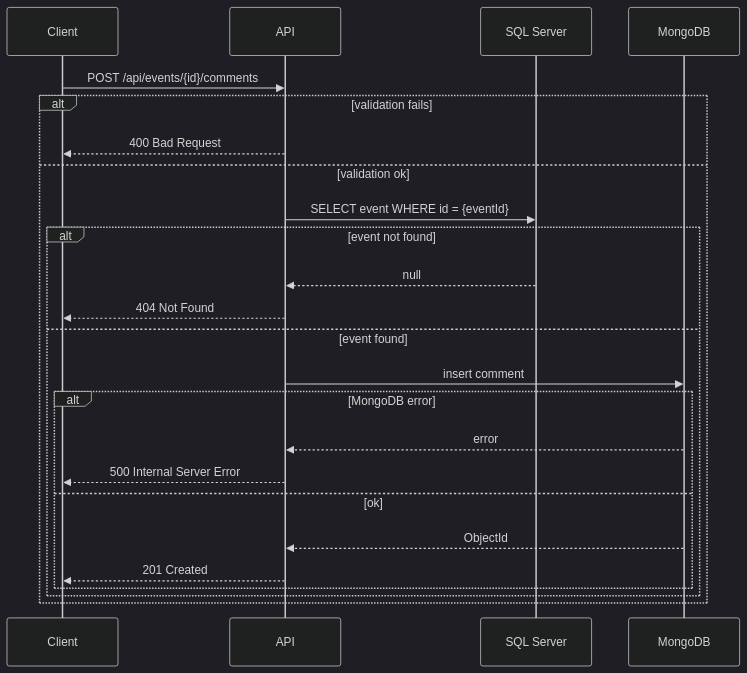
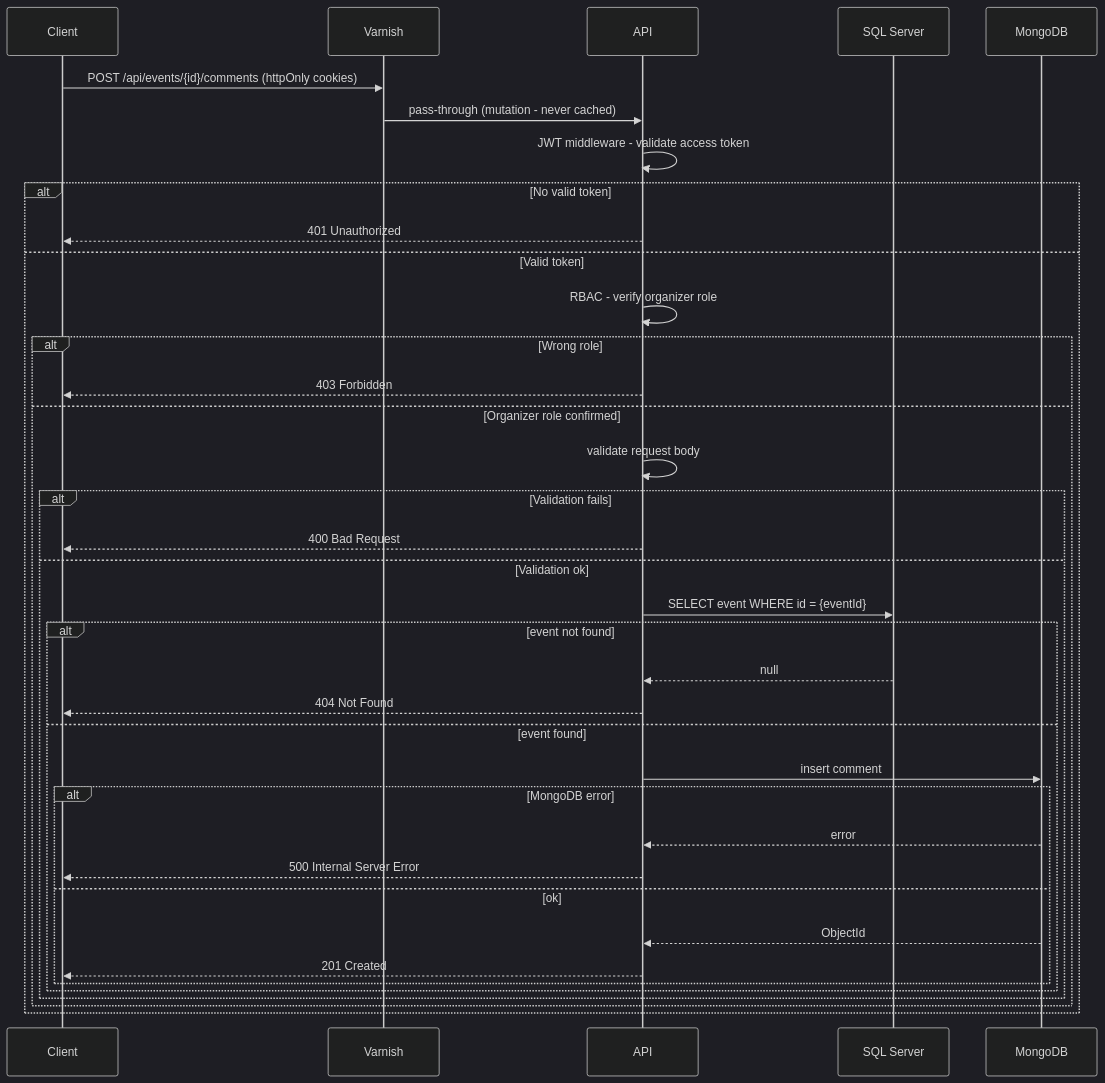
Before and after one commit to LaurentCondoure/EventManager: the tenth of 11 diagrams in documentation/architecture/design/design-event-flows.md, drawn with Mermaid (dark theme). The commit also changed other lines of this file and 58 other files, not shown here.

````diff
--- a/documentation/architecture/design/design-event-flows.md
+++ b/documentation/architecture/design/design-event-flows.md
@@ -219,27 +468,40 @@
 ```mermaid
 sequenceDiagram
     participant Client
+    participant Varnish
     participant API
     participant SQL as SQL Server
     participant Mongo as MongoDB
 
-    Client->>API: POST /api/events/{id}/comments
-    alt validation fails
-        API-->>Client: 400 Bad Request
-    else validation ok
-        API->>SQL: SELECT event WHERE id = {eventId}
-        alt event not found
-            SQL-->>API: null
-            API-->>Client: 404 Not Found
-        else event found
-            API->>Mongo: insert comment
-            alt MongoDB error
-                Mongo-->>API: error
-                API-->>Client: 500 Internal Server Error
-            else ok
-                Mongo-->>API: ObjectId
-                API-->>Client: 201 Created
+    Client->>Varnish: POST /api/events/{id}/comments (httpOnly cookies)
+    Varnish->>API: pass-through (mutation - never cached)
+    API->>API: JWT middleware - validate access token
+    alt No valid token
+        API-->>Client: 401 Unauthorized
+    else Valid token
+        API->>API: RBAC - verify organizer role
+        alt Wrong role
+            API-->>Client: 403 Forbidden
+        else Organizer role confirmed
+            API->>API: validate request body
+            alt Validation fails
+                API-->>Client: 400 Bad Request
+            else Validation ok
+                API->>SQL: SELECT event WHERE id = {eventId}
+                alt event not found
+                    SQL-->>API: null
+                    API-->>Client: 404 Not Found
+                else event found
+                    API->>Mongo: insert comment
+                    alt MongoDB error
+                        Mongo-->>API: error
+                        API-->>Client: 500 Internal Server Error
+                    else ok
+                        Mongo-->>API: ObjectId
+                        API-->>Client: 201 Created
+                    end
+                end
             end
         end
     end
 ```
````
